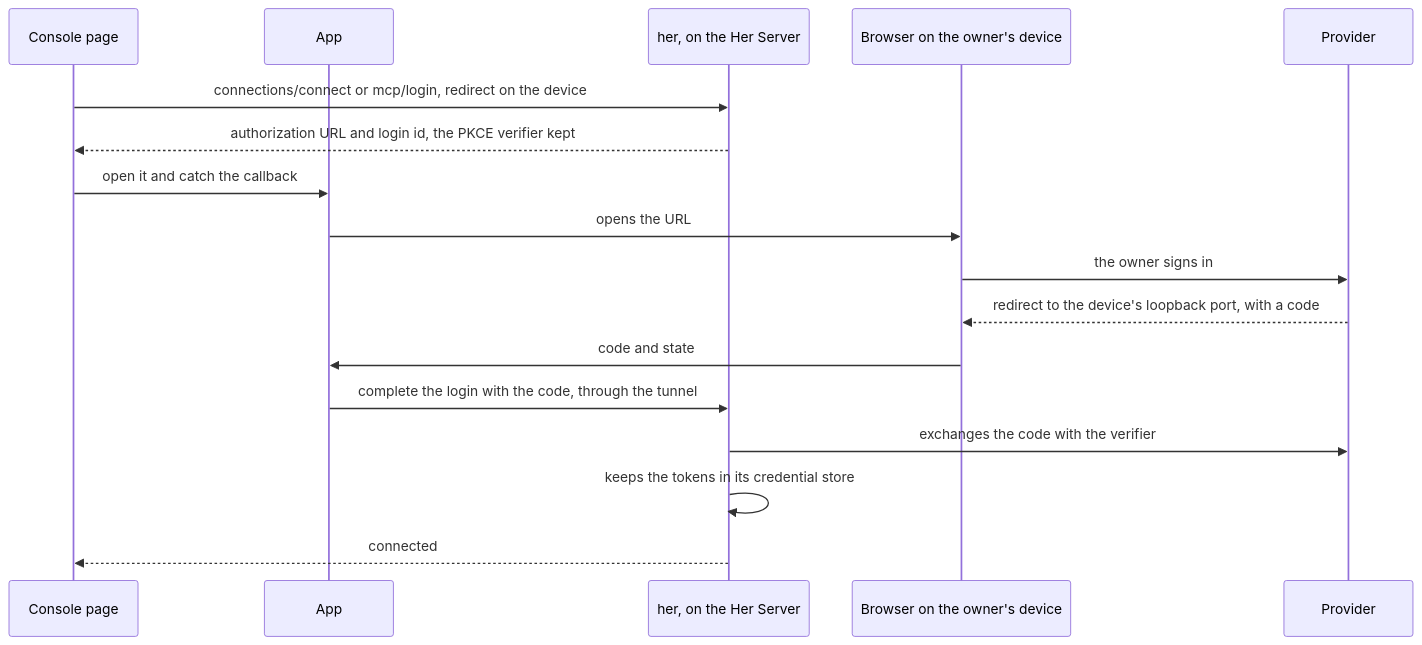
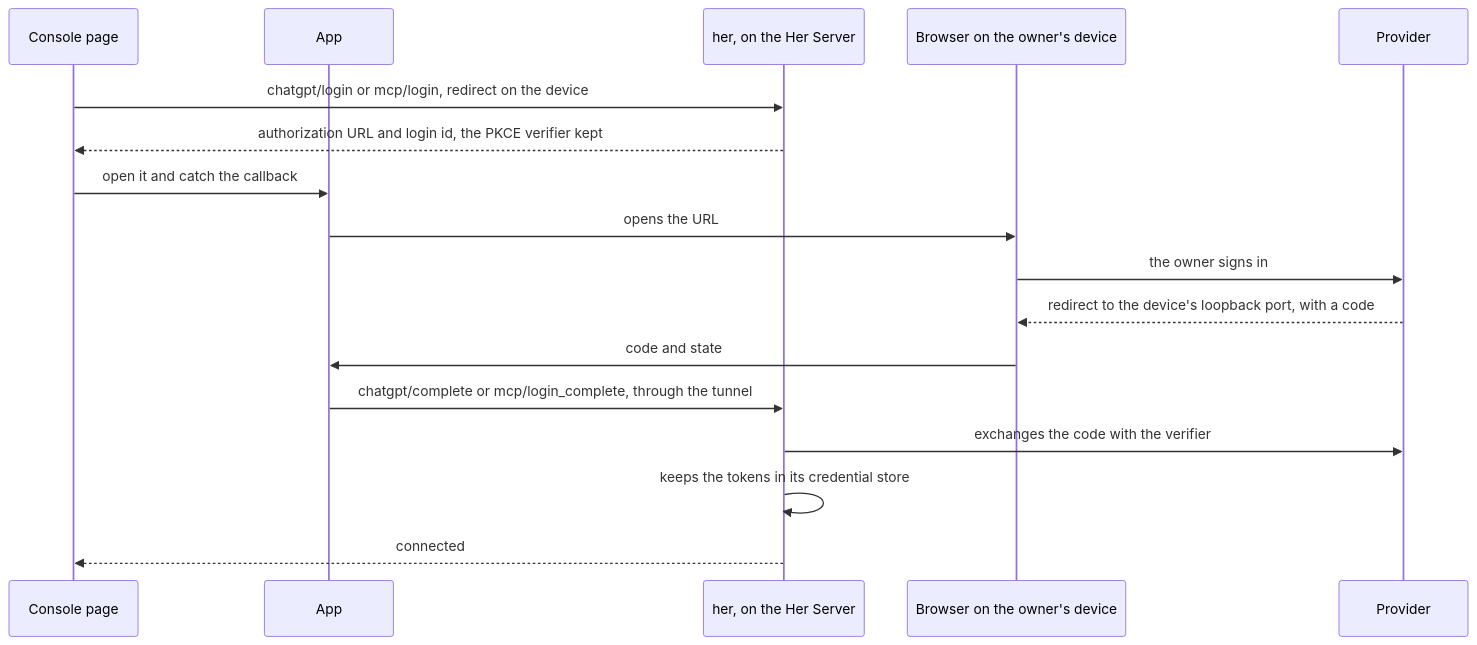
Before and after one commit to hermeshai/hermesh: the eighth of 9 diagrams in docs/her-server.md, drawn with Mermaid. The commit also changed other lines of this file, not shown here.

````diff
--- a/docs/her-server.md
+++ b/docs/her-server.md
@@ -356,19 +356,19 @@
 ```mermaid
 sequenceDiagram
     participant C as Console page
     participant App as App
     participant H as her, on the Her Server
     participant B as Browser on the owner's device
     participant Pr as Provider
-    C->>H: connections/connect or mcp/login, redirect on the device
+    C->>H: chatgpt/login or mcp/login, redirect on the device
     H-->>C: authorization URL and login id, the PKCE verifier kept
     C->>App: open it and catch the callback
     App->>B: opens the URL
     B->>Pr: the owner signs in
     Pr-->>B: redirect to the device's loopback port, with a code
     B->>App: code and state
-    App->>H: complete the login with the code, through the tunnel
+    App->>H: chatgpt/complete or mcp/login_complete, through the tunnel
     H->>Pr: exchanges the code with the verifier
     H->>H: keeps the tokens in its credential store
     H-->>C: connected
 ```
````
